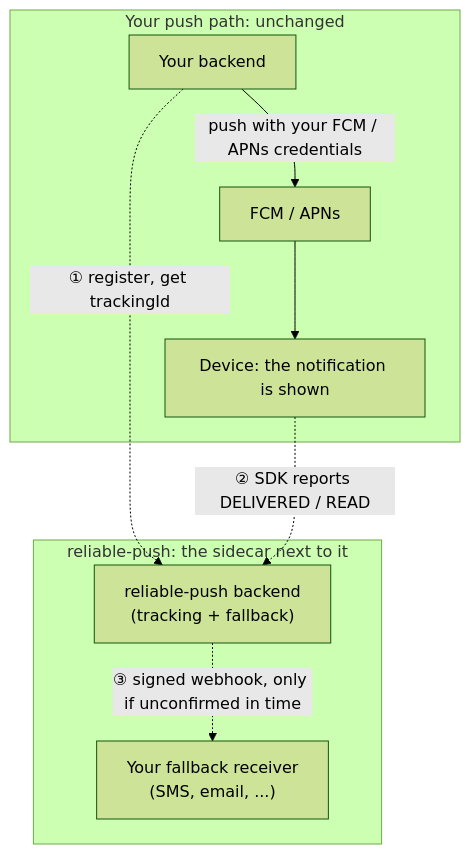
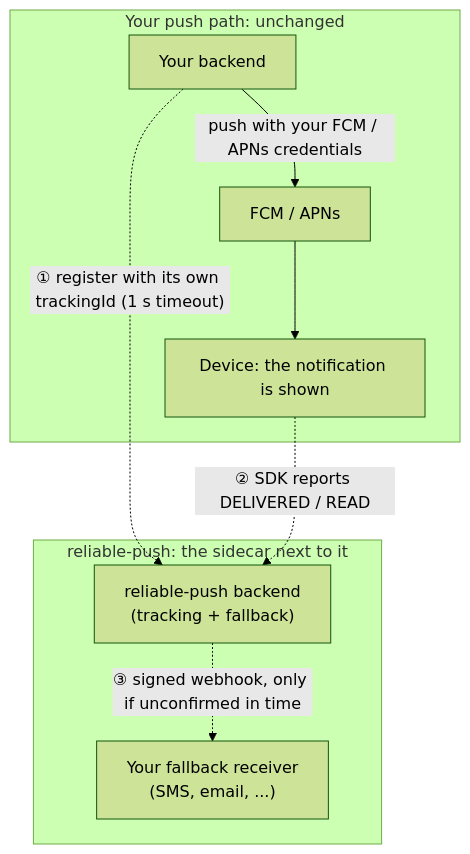
Before and after one commit to valentirob/reliable-push: the first of 13 diagrams in docs/overview.md, drawn with Mermaid (forest theme). The commit also changed other lines of this file and 20 other files, not shown here.

````diff
--- a/docs/overview.md
+++ b/docs/overview.md
@@ -24,14 +24,14 @@
 ```mermaid
 flowchart TB
   subgraph main["Your push path: unchanged"]
     BE["Your backend"] -- "push with your FCM / APNs credentials" --> PS["FCM / APNs"]
     PS --> DEV["Device: the notification is shown"]
   end
   subgraph side["reliable-push: the sidecar next to it"]
     RP["reliable-push backend<br/>(tracking + fallback)"]
     FR["Your fallback receiver<br/>(SMS, email, ...)"]
     RP -. "③ signed webhook, only if unconfirmed in time" .-> FR
   end
-  BE -. "① register, get trackingId" .-> RP
+  BE -. "① register with its own trackingId (1 s timeout)" .-> RP
   DEV -. "② SDK reports DELIVERED / READ" .-> RP
 ```
````
